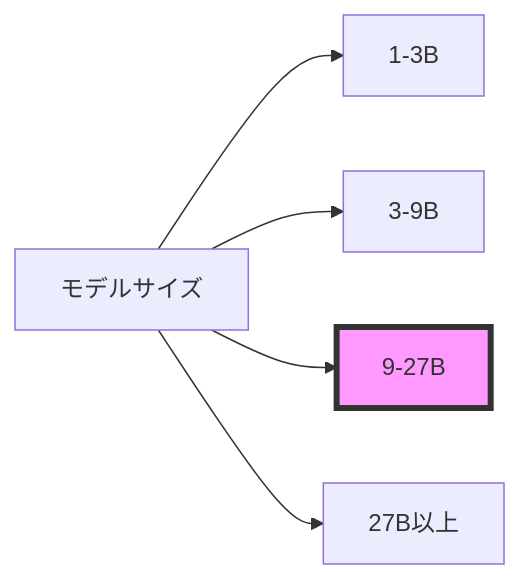
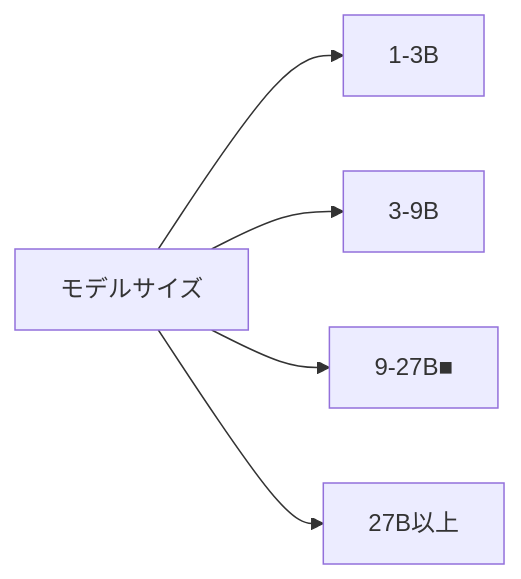
One commit to SparklingDetergent/doc_genai_Using_Generative_AI_with_Mac_Mini_-Introduction- changed the sixth of 10 diagrams in README.md. Above: the diagram before and after it, drawn with Mermaid. The commit also changed other lines of this file, not shown here.

````diff
--- a/README.md
+++ b/README.md
@@ -100,8 +94,7 @@
 ```mermaid
 graph LR
     A[モデルサイズ] --> B[1-3B]
     A --> C[3-9B]
-    A --> D[9-27B]
+    A --> D[9-27B■]
     A --> E[27B以上]
-    style D fill:#f9f,stroke:#333,stroke-width:4px
 ```
````
